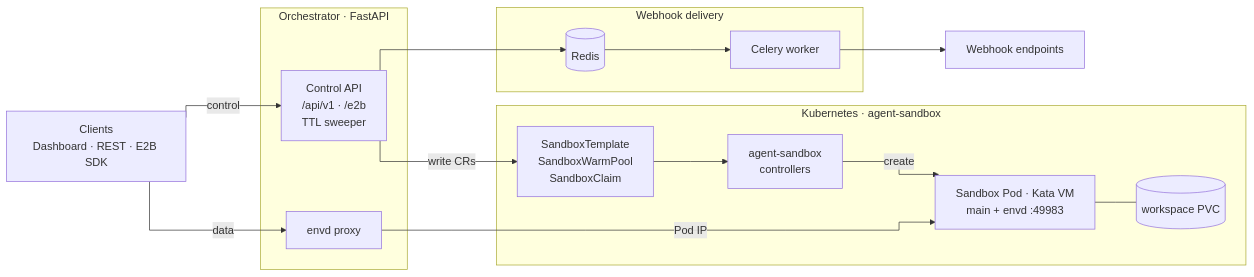
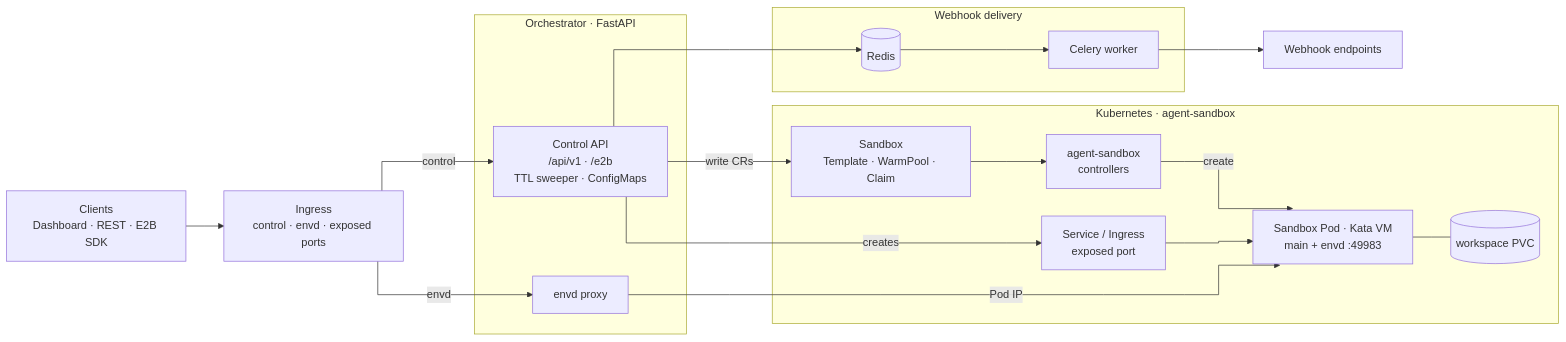
The diagram in README.md (iwrs712/litterbox), drawn with Mermaid before and after one commit. The commit also changed other lines of this file and 1 other file, not shown here.

Commit message:
docs: keep one README diagram and show ingress, configmaps and expose
Fold the traffic/lifecycle view back into the single left-to-right diagram,
drop the public hostnames, and call out Ingress, per-sandbox Service/Ingress,
ConfigMaps and the TTL sweeper.

````diff
--- a/README.md
+++ b/README.md
@@ -55,31 +55,34 @@
 ```mermaid
-%%{init: {"flowchart": {"curve": "stepBefore", "nodeSpacing": 40, "rankSpacing": 60}}}%%
+%%{init: {"flowchart": {"curve": "stepBefore", "nodeSpacing": 40, "rankSpacing": 55}}}%%
 flowchart LR
     Client["Clients<br/>Dashboard · REST · E2B SDK"]
+    Ingress["Ingress<br/>control · envd · exposed ports"]
 
     subgraph Orchestrator["Orchestrator · FastAPI"]
-        API["Control API<br/>/api/v1 · /e2b<br/>TTL sweeper"]
+        API["Control API<br/>/api/v1 · /e2b<br/>TTL sweeper · ConfigMaps"]
         Proxy["envd proxy"]
     end
 
     subgraph Async["Webhook delivery"]
         Redis[("Redis")]
         Worker["Celery worker"]
     end
 
     subgraph Cluster["Kubernetes · agent-sandbox"]
-        CRs["SandboxTemplate<br/>SandboxWarmPool<br/>SandboxClaim"]
+        CRs["Sandbox<br/>Template · WarmPool · Claim"]
         Ctrl["agent-sandbox<br/>controllers"]
+        Svc["Service / Ingress<br/>exposed port"]
         Pod["Sandbox Pod · Kata VM<br/>main + envd :49983"]
         PVC[("workspace PVC")]
     end
 
     Hook["Webhook endpoints"]
 
+    Client --> Ingress -->|"control"| API
+    Ingress -->|"envd"| Proxy
     API --> Redis --> Worker --> Hook
-    Client -->|"control"| API
     API -->|"write CRs"| CRs --> Ctrl -->|"create"| Pod
-    Client -->|"data"| Proxy
+    API -->|"creates"| Svc --> Pod
     Proxy -->|"Pod IP"| Pod
     Pod --- PVC
 ```
````
